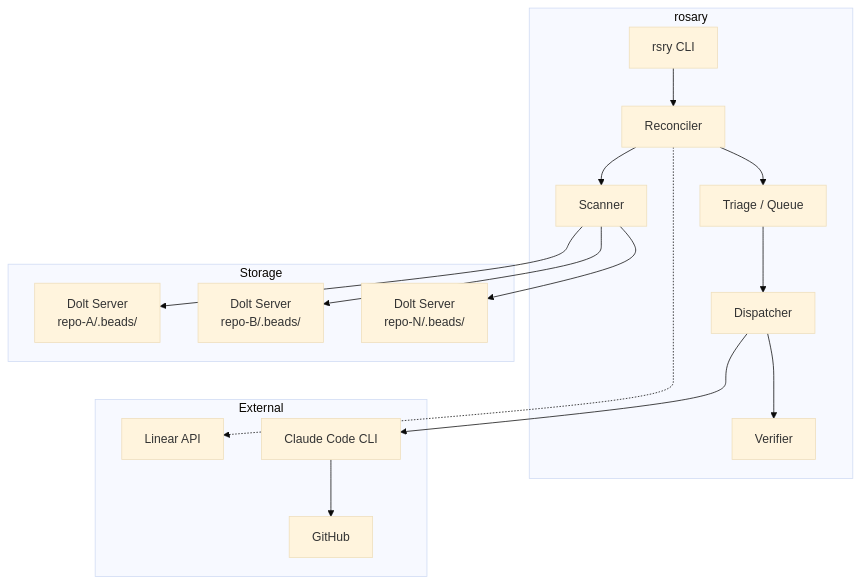
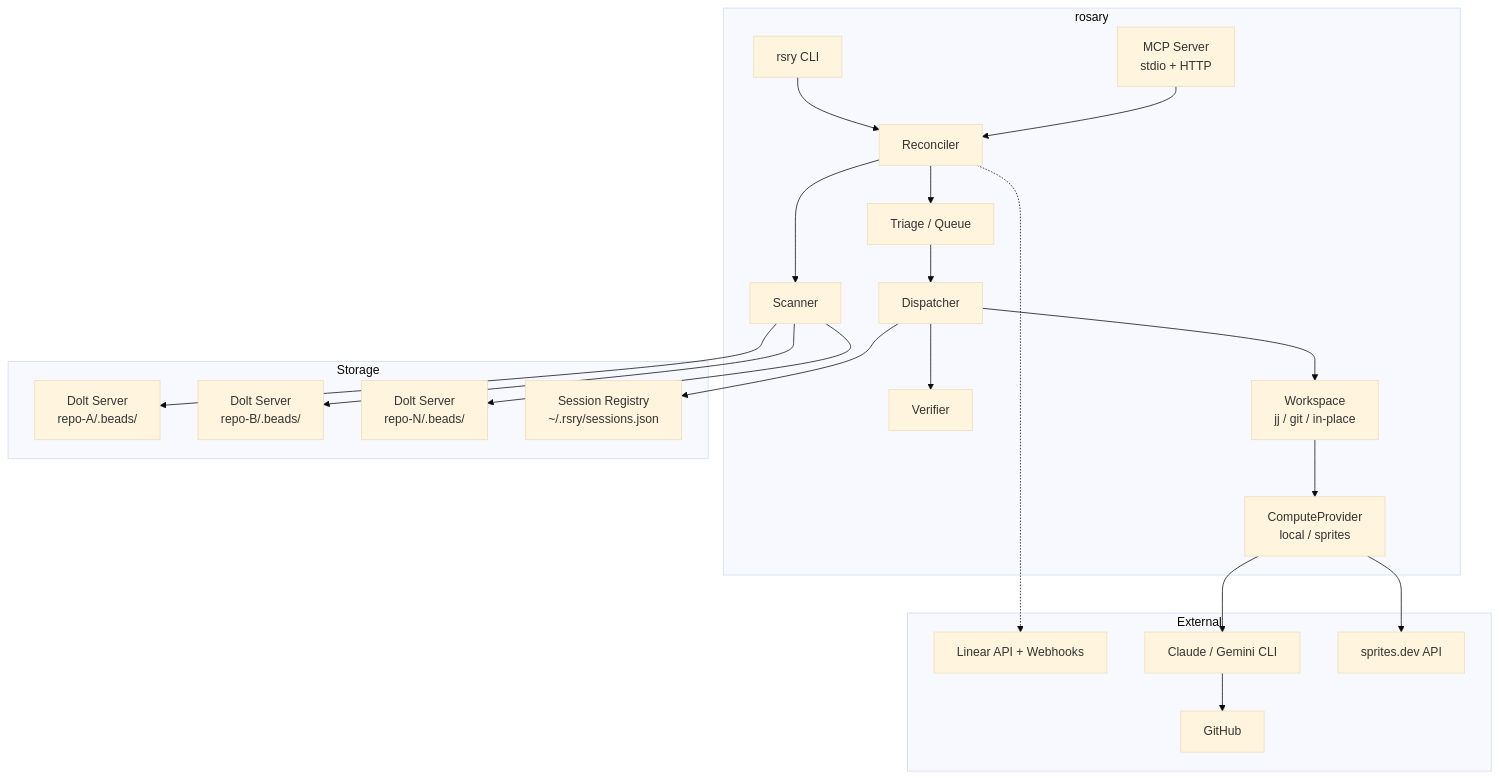
One commit to agentic-research/rosary changed the first of 7 diagrams in docs/ARCHITECTURE.md. Above: the diagram before and after it, drawn with Mermaid (base theme). The commit also changed other lines of this file, not shown here.

First line of the commit message:
docs: update ARCHITECTURE.md — add new modules, fix stale diagrams

````diff
--- a/docs/ARCHITECTURE.md
+++ b/docs/ARCHITECTURE.md
@@ -7,31 +7,41 @@
 ```mermaid
 graph TB
     subgraph "rosary"
         CLI[rsry CLI]
+        MCP[MCP Server<br/>stdio + HTTP]
         RC[Reconciler]
         SC[Scanner]
         TR[Triage / Queue]
         DI[Dispatcher]
         VE[Verifier]
+        WS[Workspace<br/>jj / git / in-place]
+        CP[ComputeProvider<br/>local / sprites]
     end
 
     subgraph "Storage"
         D1[Dolt Server<br/>repo-A/.beads/]
         D2[Dolt Server<br/>repo-B/.beads/]
         DN[Dolt Server<br/>repo-N/.beads/]
+        SR[Session Registry<br/>~/.rsry/sessions.json]
     end
 
     subgraph "External"
-        LN[Linear API]
-        CC[Claude Code CLI]
+        LN[Linear API + Webhooks]
+        CC[Claude / Gemini CLI]
+        SP[sprites.dev API]
         GH[GitHub]
     end
 
     CLI --> RC
+    MCP --> RC
     RC --> SC --> D1 & D2 & DN
     RC --> TR
-    TR --> DI --> CC
+    TR --> DI
+    DI --> WS --> CP
+    CP --> CC
+    CP --> SP
     DI --> VE
+    DI --> SR
     RC -.-> LN
     CC --> GH
 ```
````
